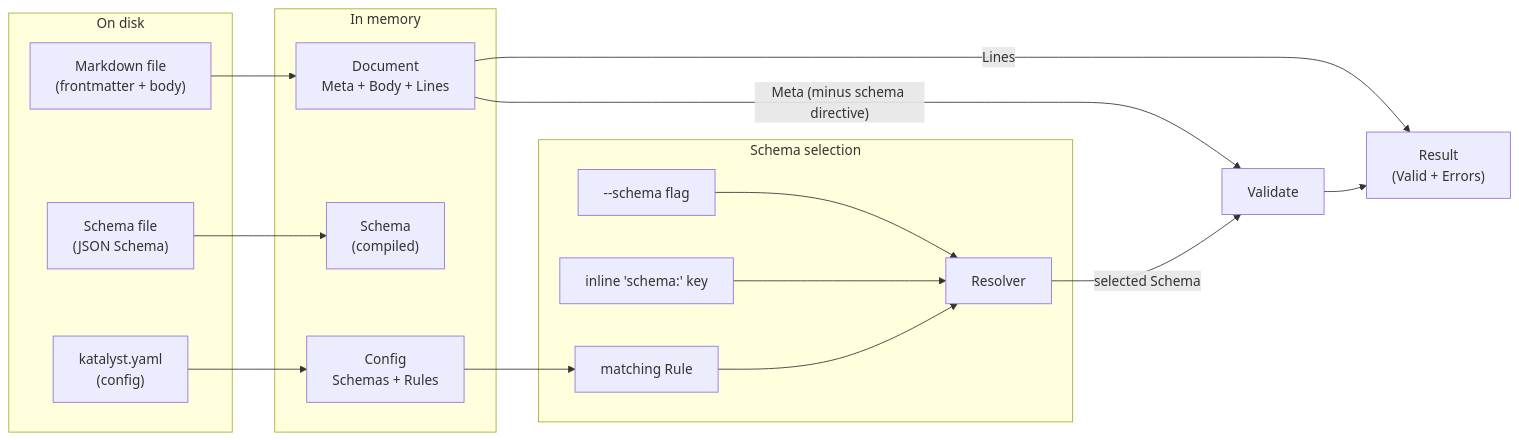
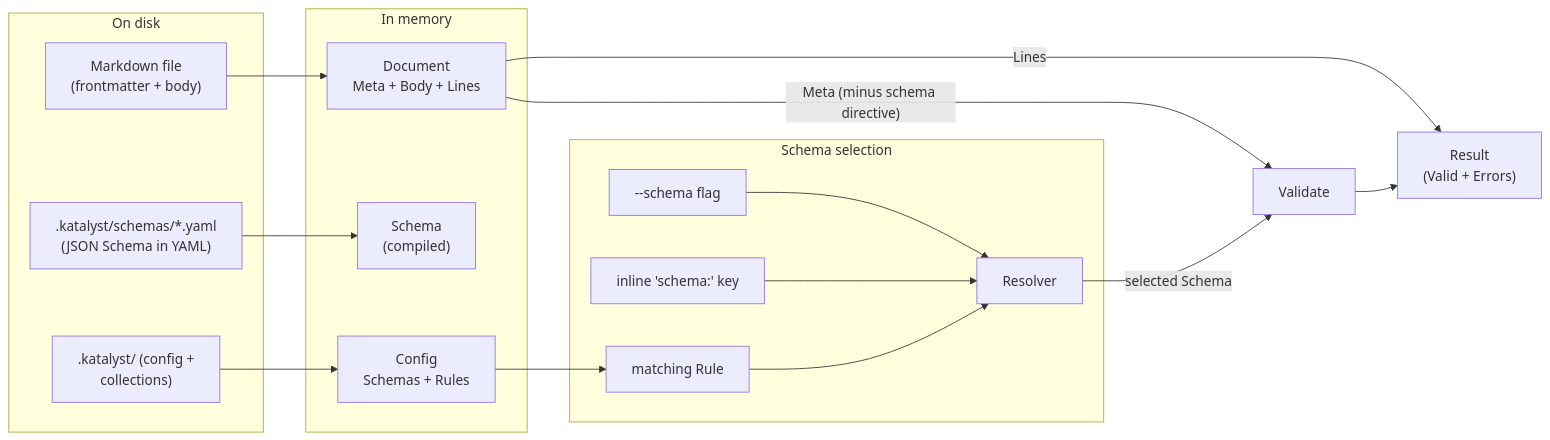
The diagram in product/domain-model.md (abegong/katalyst), drawn with Mermaid before and after one commit. The commit also changed other lines of this file and 9 other files, not shown here.

````diff
--- a/product/domain-model.md
+++ b/product/domain-model.md
@@ -12,35 +12,35 @@
 ```mermaid
 flowchart LR
     subgraph Disk["On disk"]
         MD["Markdown file<br/>(frontmatter + body)"]
-        SF["Schema file<br/>(JSON Schema)"]
-        CF["katalyst.yaml<br/>(config)"]
+        SF[".katalyst/schemas/*.yaml<br/>(JSON Schema in YAML)"]
+        CF[".katalyst/ (config +<br/>collections)"]
     end
 
     subgraph Parsed["In memory"]
         DOC["Document<br/>Meta + Body + Lines"]
         SCH["Schema<br/>(compiled)"]
         CFG["Config<br/>Schemas + Rules"]
     end
 
     subgraph Decide["Schema selection"]
         FLAG["--schema flag"]
         INLINE["inline 'schema:' key"]
         RULE["matching Rule"]
         RES["Resolver"]
     end
 
     MD --> DOC
     SF --> SCH
     CF --> CFG
 
     FLAG --> RES
     INLINE --> RES
     RULE --> RES
     CFG --> RULE
 
     DOC -- "Meta (minus schema directive)" --> VAL["Validate"]
     RES -- "selected Schema" --> VAL
     VAL --> RESULT["Result<br/>(Valid + Errors)"]
     DOC -- "Lines" --> RESULT
 ```
````
